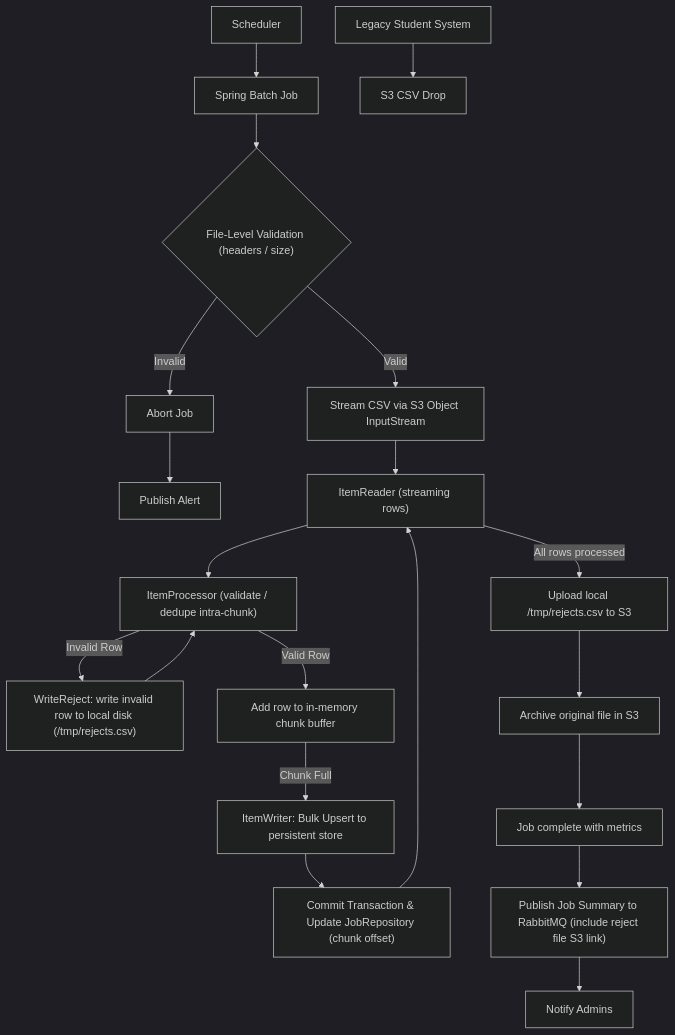
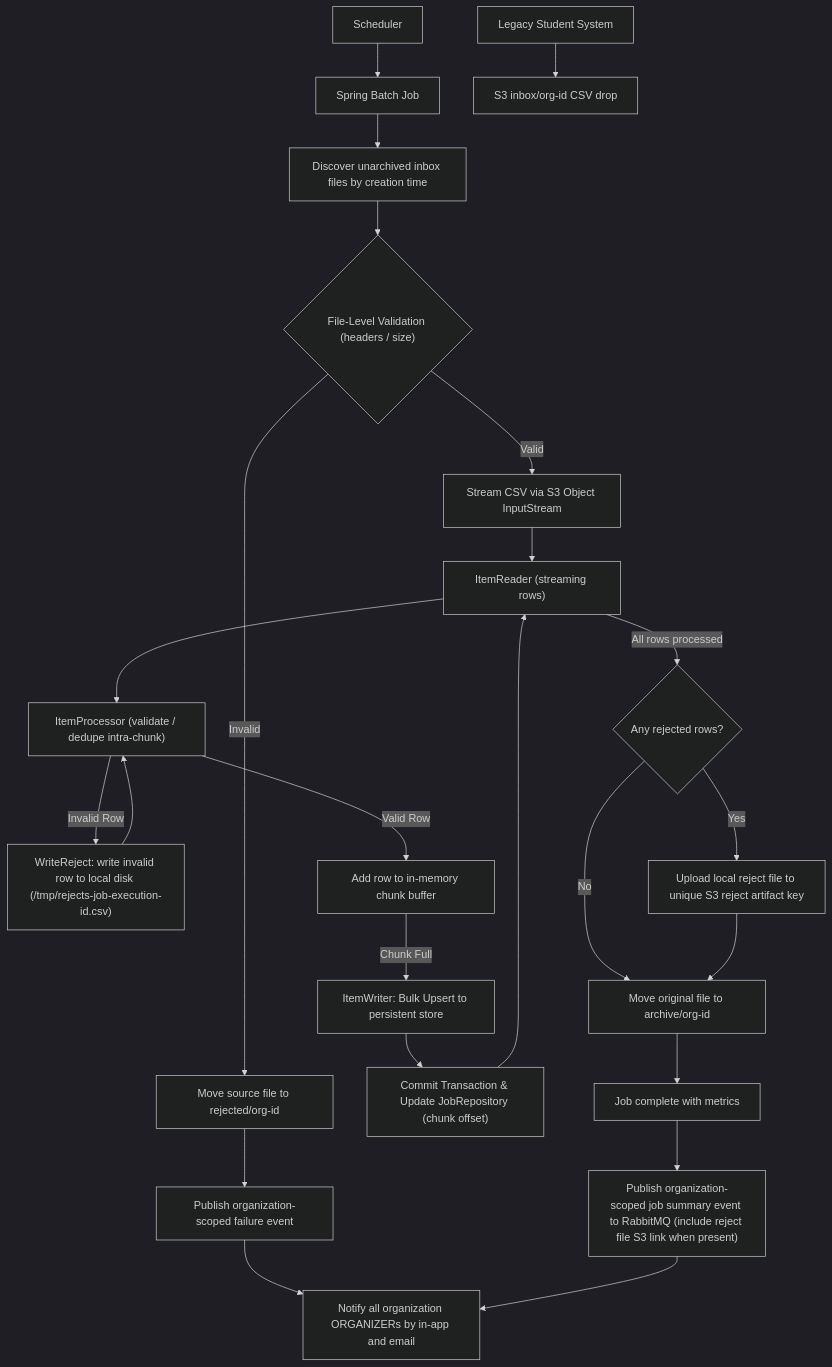
The seventh of 13 diagrams in docs/system-design.md (phatnguyen975/unihub-workshop), drawn with Mermaid (dark theme) before and after one commit. The commit also changed other lines of this file and 7 other files, not shown here.

````diff
--- a/docs/system-design.md
+++ b/docs/system-design.md
@@ -668,24 +668,28 @@
 ```mermaid
 flowchart TD
   Scheduler[Scheduler] --> Job[Spring Batch Job]
-  Legacy[Legacy Student System] --> S3[S3 CSV Drop]
-  Job --> FileValidate{"File-Level Validation (headers / size)"}
-  FileValidate -->|Invalid| Abort[Abort Job]
-  Abort --> Alert[Publish Alert]
+  Legacy[Legacy Student System] --> Inbox["S3 inbox/org-id CSV drop"]
+  Job --> Discover[Discover unarchived inbox files by creation time]
+  Discover --> FileValidate{"File-Level Validation (headers / size)"}
+  FileValidate -->|Invalid| Rejected[Move source file to rejected/org-id]
+  Rejected --> Alert[Publish organization-scoped failure event]
+  Alert --> Notify[Notify all organization ORGANIZERs by in-app and email]
   FileValidate -->|Valid| Stream[Stream CSV via S3 Object InputStream]
 
   Stream --> ItemReader["ItemReader (streaming rows)"]
   ItemReader --> ItemProcessor["ItemProcessor (validate / dedupe intra-chunk)"]
-  ItemProcessor -->|Invalid Row| WriteReject["WriteReject: write invalid row to local disk (/tmp/rejects.csv)"]
+  ItemProcessor -->|Invalid Row| WriteReject["WriteReject: write invalid row to local disk (/tmp/rejects-job-execution-id.csv)"]
   WriteReject --> ItemProcessor
   ItemProcessor -->|Valid Row| Chunk[Add row to in-memory chunk buffer]
   Chunk -->|Chunk Full| ItemWriter[ItemWriter: Bulk Upsert to persistent store]
   ItemWriter --> Commit["Commit Transaction & Update JobRepository (chunk offset)"]
   Commit --> ItemReader
 
-  ItemReader -->|All rows processed| UploadReject[Upload local /tmp/rejects.csv to S3]
-  UploadReject --> Archive[Archive original file in S3]
+  ItemReader -->|All rows processed| HasRejects{"Any rejected rows?"}
+  HasRejects -->|Yes| UploadReject[Upload local reject file to unique S3 reject artifact key]
+  HasRejects -->|No| Archive[Move original file to archive/org-id]
+  UploadReject --> Archive
   Archive --> Complete[Job complete with metrics]
-  Complete --> Publish["Publish Job Summary to RabbitMQ (include reject file S3 link)"]
-  Publish --> Notify[Notify Admins]
+  Complete --> Publish["Publish organization-scoped job summary event to RabbitMQ (include reject file S3 link when present)"]
+  Publish --> Notify
 ```
````
